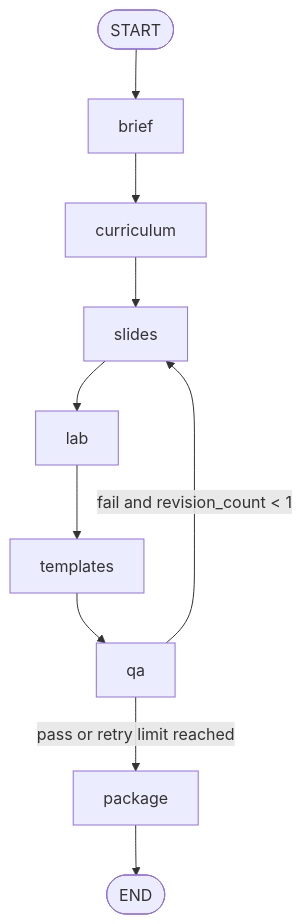
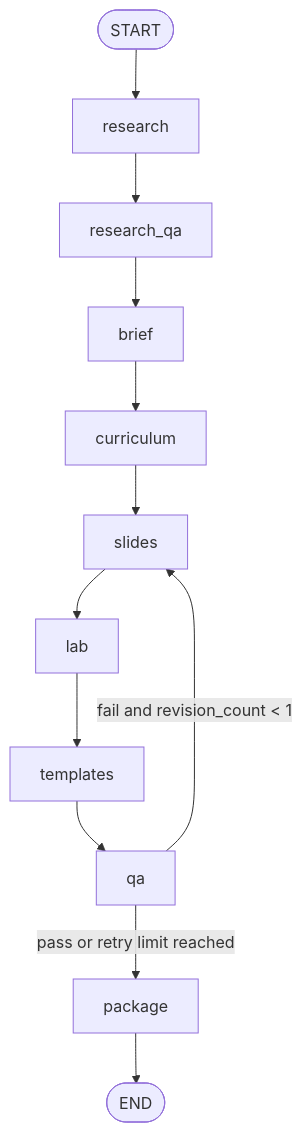
Before and after one commit to andersrmr/training-factory: the diagram in README.md, drawn with Mermaid. The commit also changed other lines of this file, not shown here.

Commit message:
docs: expand README with governance architecture and eval workflow

````diff
--- a/README.md
+++ b/README.md
@@ -95,12 +90,14 @@
 ```mermaid
 flowchart TD
-    START([START]) --> brief[brief]
+    START([START]) --> research[research]
+    research --> research_qa[research_qa]
+    research_qa --> brief[brief]
     brief --> curriculum[curriculum]
     curriculum --> slides[slides]
     slides --> lab[lab]
     lab --> templates[templates]
     templates --> qa[qa]
     qa -->|fail and revision_count < 1| slides
     qa -->|pass or retry limit reached| package[package]
     package --> END([END])
 ```
````
